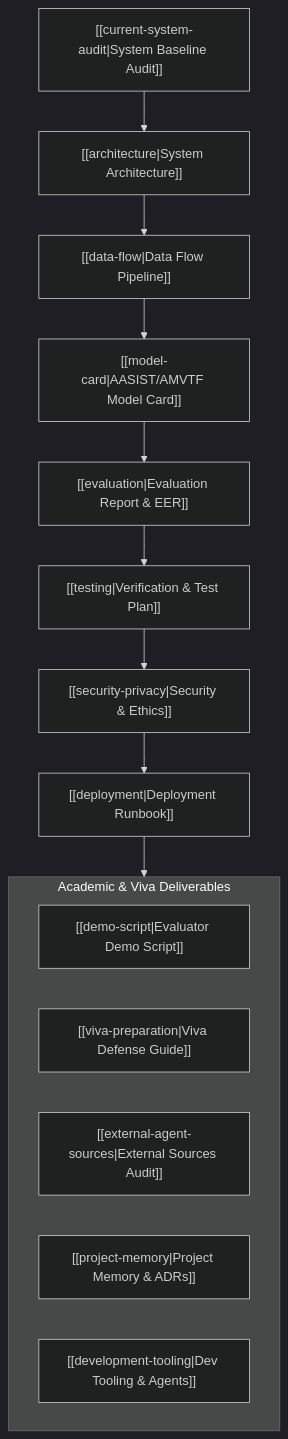
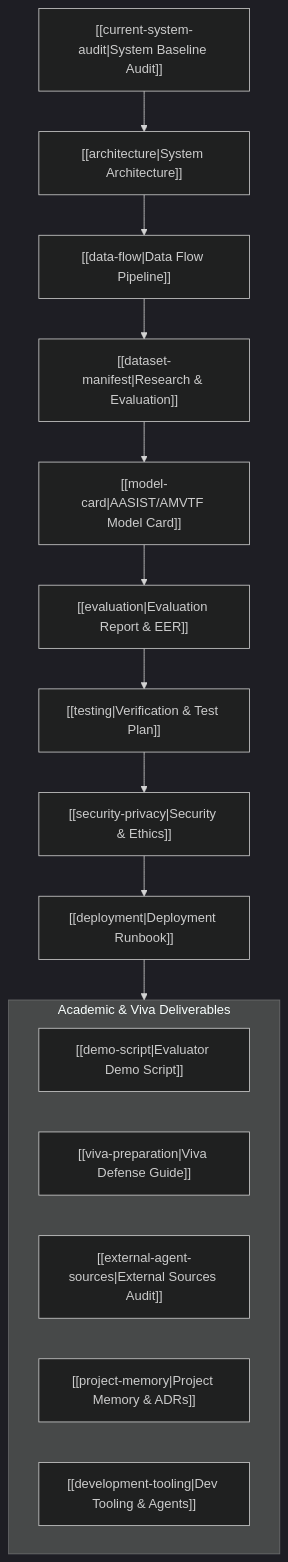
The diagram in docs/index.md (navadeepgevini/voxguardai), drawn with Mermaid (dark theme) before and after one commit. The commit also changed other lines of this file and 24 other files, not shown here.

````diff
--- a/docs/index.md
+++ b/docs/index.md
@@ -15,20 +15,21 @@
 ```mermaid
 graph TD
     Audit["[[current-system-audit|System Baseline Audit]]"] --> Arch["[[architecture|System Architecture]]"]
     Arch --> DataFlow["[[data-flow|Data Flow Pipeline]]"]
-    DataFlow --> ModelCard["[[model-card|AASIST/AMVTF Model Card]]"]
+    DataFlow --> Research["[[dataset-manifest|Research & Evaluation]]"]
+    Research --> ModelCard["[[model-card|AASIST/AMVTF Model Card]]"]
     ModelCard --> Eval["[[evaluation|Evaluation Report & EER]]"]
     Eval --> TestPlan["[[testing|Verification & Test Plan]]"]
     TestPlan --> Sec["[[security-privacy|Security & Ethics]]"]
     Sec --> Deploy["[[deployment|Deployment Runbook]]"]
     
     subgraph AcademicDefense ["Academic & Viva Deliverables"]
         Demo["[[demo-script|Evaluator Demo Script]]"]
         Viva["[[viva-preparation|Viva Defense Guide]]"]
         Sources["[[external-agent-sources|External Sources Audit]]"]
         Memory["[[project-memory|Project Memory & ADRs]]"]
         Tooling["[[development-tooling|Dev Tooling & Agents]]"]
     end
     
     Deploy --> AcademicDefense
 ```
````
